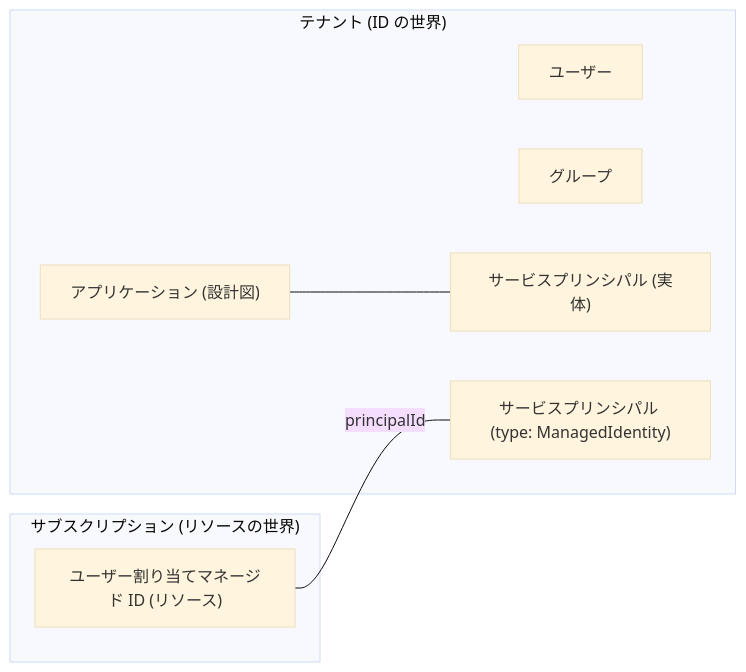
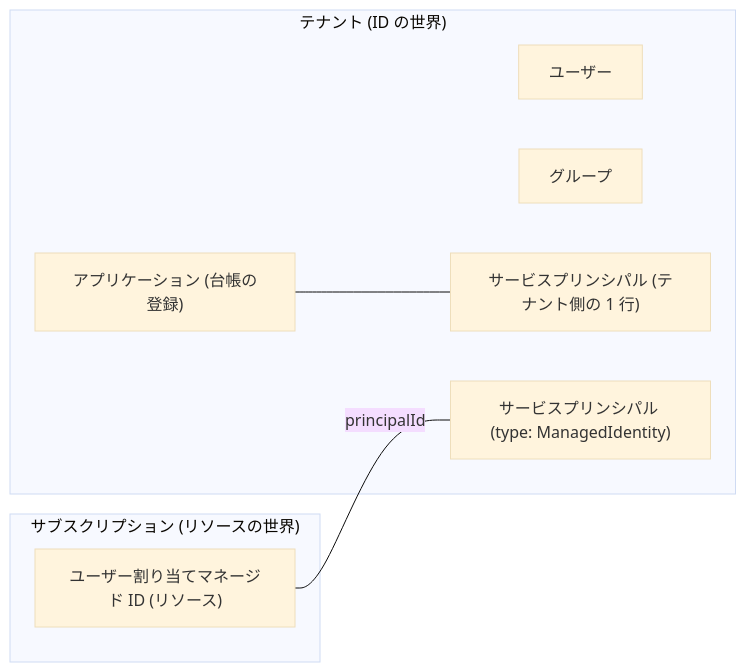
Before and after one commit to engineers-hub-ltd-in-house-project/azure-practice: the diagram in manuscript/part2/05-entra-id-basics.md, drawn with Mermaid (base theme). The commit also changed other lines of this file and 5 other files, not shown here.

````diff
--- a/manuscript/part2/05-entra-id-basics.md
+++ b/manuscript/part2/05-entra-id-basics.md
@@ -194,15 +208,15 @@
 ```mermaid
 flowchart LR
   subgraph T["テナント (ID の世界)"]
     U["ユーザー"]
     G["グループ"]
-    A["アプリケーション (設計図)"]
-    SP["サービスプリンシパル (実体)"]
+    A["アプリケーション (台帳の登録)"]
+    SP["サービスプリンシパル (テナント側の 1 行)"]
     MSP["サービスプリンシパル (type: ManagedIdentity)"]
   end
   subgraph S["サブスクリプション (リソースの世界)"]
     MI["ユーザー割り当てマネージド ID (リソース)"]
   end
   A --- SP
   MI ---|"principalId"| MSP
 ```
````
